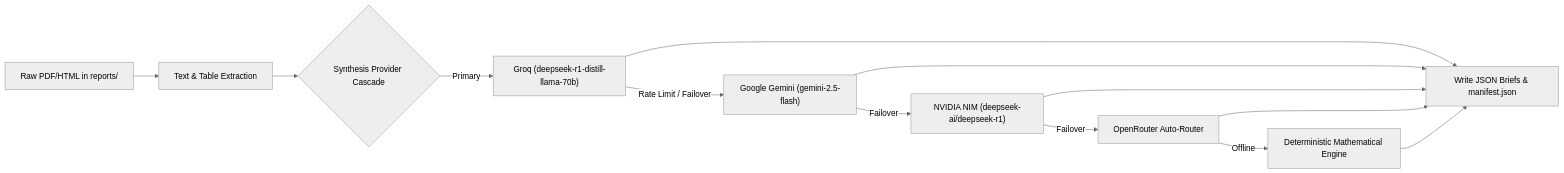
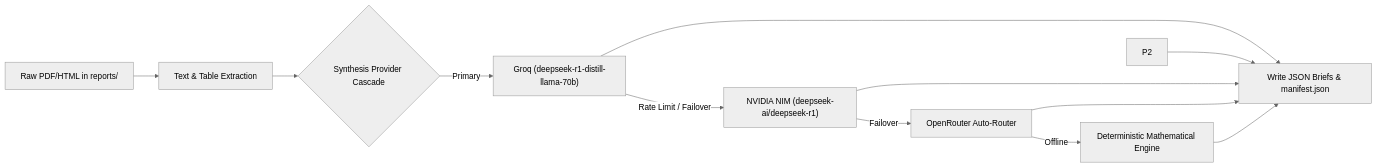
One commit to yieldchaser/Shipping changed the third of 4 diagrams in README.md. Above: the diagram before and after it, drawn with Mermaid (neutral theme). The commit also changed other lines of this file and 3 other files, not shown here.

First line of the commit message:
refactor: remove Google Gemini entirely (code + README) per user directive

````diff
--- a/README.md
+++ b/README.md
@@ -598,15 +598,14 @@
 ```mermaid
 flowchart LR
     PDF["Raw PDF/HTML in reports/"] --> Extract["Text & Table Extraction"]
     Extract --> Chain{"Synthesis Provider Cascade"}
     Chain -->|Primary| P1["Groq (deepseek-r1-distill-llama-70b)"]
-    P1 -->|Rate Limit / Failover| P2["Google Gemini (gemini-2.5-flash)"]
-    P2 -->|Failover| P3["NVIDIA NIM (deepseek-ai/deepseek-r1)"]
+    P1 -->|Rate Limit / Failover| P3["NVIDIA NIM (deepseek-ai/deepseek-r1)"]
     P3 -->|Failover| P4["OpenRouter Auto-Router"]
     P4 -->|Offline| P5["Deterministic Mathematical Engine"]
     P1 --> Write["Write JSON Briefs & manifest.json"]
     P2 --> Write
     P3 --> Write
     P4 --> Write
     P5 --> Write
 ```
````
